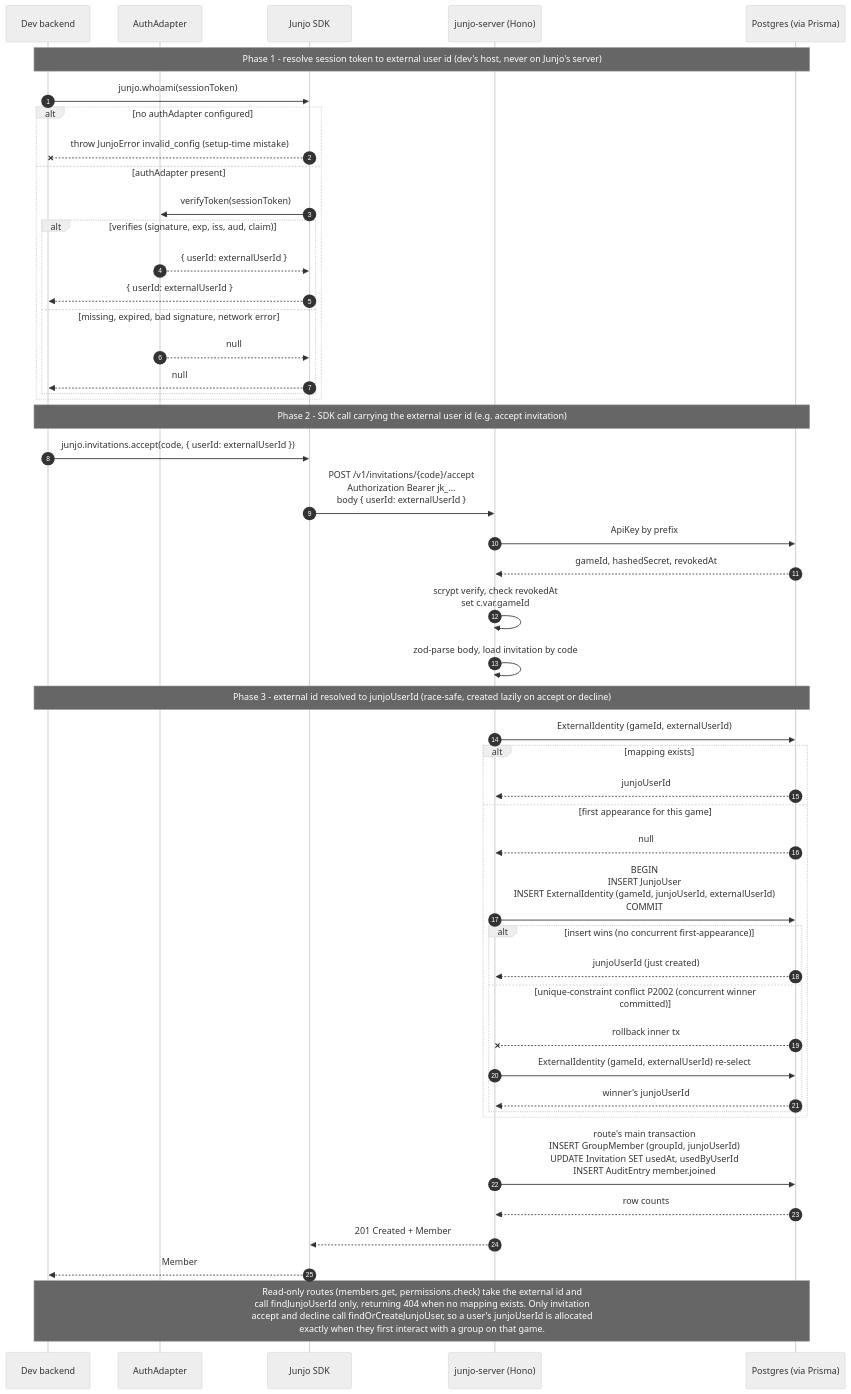
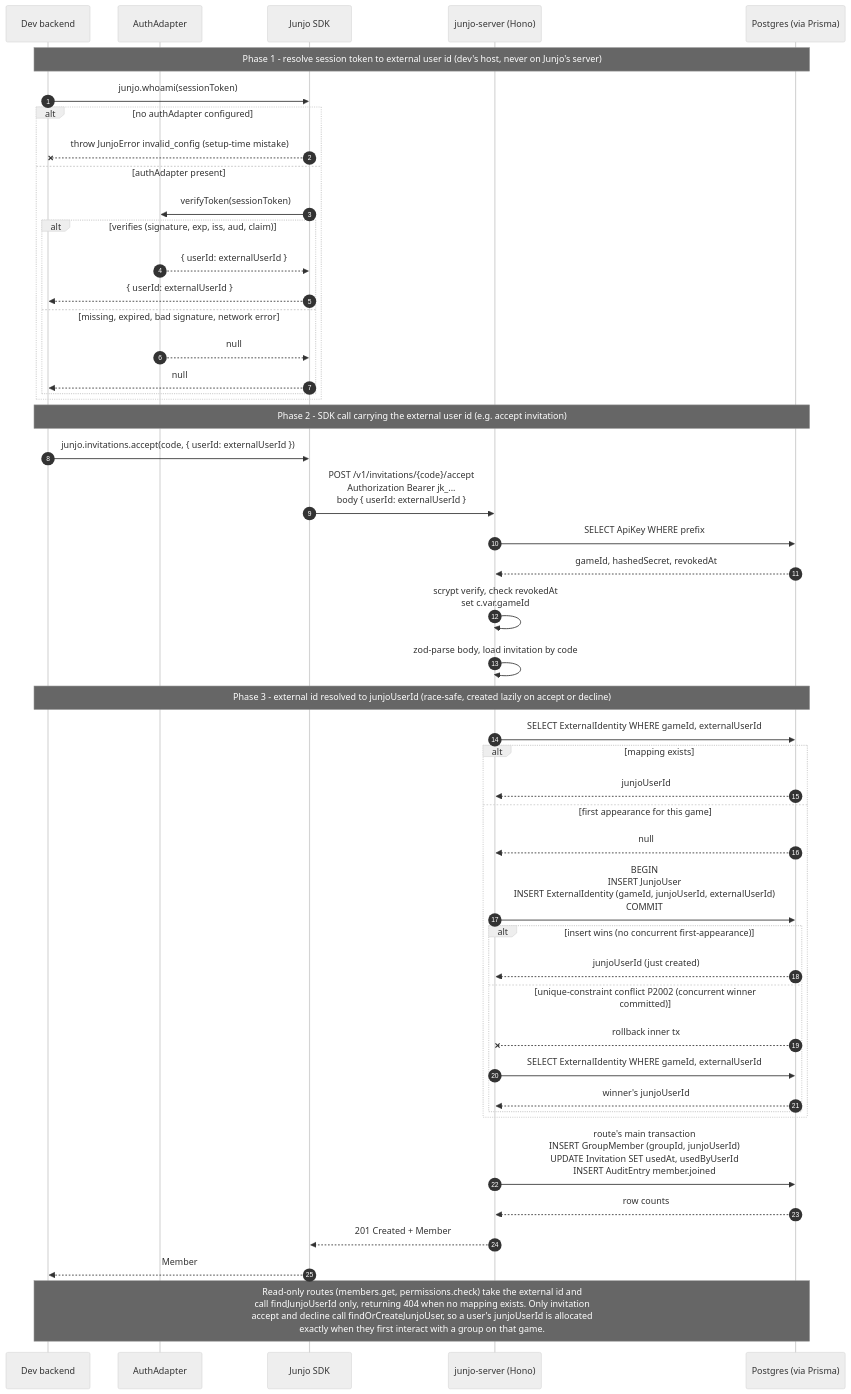
The diagram in tools/diagrams/source/auth-flow.mmd (GabeCurran/junjo), drawn with Mermaid before and after one commit. The commit also changed 2 other files, not shown here.

First paragraph of the commit message:
docs: polish auth-flow diagram (V.4)
Three DB SELECT labels in auth-flow.mmd were bare predicates without
the SELECT verb, while the same diagram's INSERT/UPDATE labels carry
their verb. Same internal inconsistency V.3 fixed in webhook-delivery.

```diff
--- a/tools/diagrams/source/auth-flow.mmd
+++ b/tools/diagrams/source/auth-flow.mmd
@@ -1,54 +1,54 @@
 %%{init: {'theme': 'neutral'}}%%
 sequenceDiagram
   autonumber
   participant App as Dev backend
   participant Adapter as AuthAdapter
   participant SDK as Junjo SDK
   participant Server as junjo-server (Hono)
   participant DB as Postgres (via Prisma)
 
   Note over App,DB: Phase 1 - resolve session token to external user id (dev's host, never on Junjo's server)
   App->>SDK: junjo.whoami(sessionToken)
   alt no authAdapter configured
     SDK--xApp: throw JunjoError invalid_config (setup-time mistake)
   else authAdapter present
     SDK->>Adapter: verifyToken(sessionToken)
     alt verifies (signature, exp, iss, aud, claim)
       Adapter-->>SDK: { userId: externalUserId }
       SDK-->>App: { userId: externalUserId }
     else missing, expired, bad signature, network error
       Adapter-->>SDK: null
       SDK-->>App: null
     end
   end
 
   Note over App,DB: Phase 2 - SDK call carrying the external user id (e.g. accept invitation)
   App->>SDK: junjo.invitations.accept(code, { userId: externalUserId })
   SDK->>Server: POST /v1/invitations/{code}/accept<br/>Authorization Bearer jk_...<br/>body { userId: externalUserId }
-  Server->>DB: ApiKey by prefix
+  Server->>DB: SELECT ApiKey WHERE prefix
   DB-->>Server: gameId, hashedSecret, revokedAt
   Server->>Server: scrypt verify, check revokedAt<br/>set c.var.gameId
   Server->>Server: zod-parse body, load invitation by code
 
   Note over App,DB: Phase 3 - external id resolved to junjoUserId (race-safe, created lazily on accept or decline)
-  Server->>DB: ExternalIdentity (gameId, externalUserId)
+  Server->>DB: SELECT ExternalIdentity WHERE gameId, externalUserId
   alt mapping exists
     DB-->>Server: junjoUserId
   else first appearance for this game
     DB-->>Server: null
     Server->>DB: BEGIN<br/>INSERT JunjoUser<br/>INSERT ExternalIdentity (gameId, junjoUserId, externalUserId)<br/>COMMIT
     alt insert wins (no concurrent first-appearance)
       DB-->>Server: junjoUserId (just created)
     else unique-constraint conflict P2002 (concurrent winner committed)
       DB--xServer: rollback inner tx
-      Server->>DB: ExternalIdentity (gameId, externalUserId) re-select
+      Server->>DB: SELECT ExternalIdentity WHERE gameId, externalUserId
       DB-->>Server: winner's junjoUserId
     end
   end
 
   Server->>DB: route's main transaction<br/>INSERT GroupMember (groupId, junjoUserId)<br/>UPDATE Invitation SET usedAt, usedByUserId<br/>INSERT AuditEntry member.joined
   DB-->>Server: row counts
   Server-->>SDK: 201 Created + Member
   SDK-->>App: Member
 
   Note over App,DB: Read-only routes (members.get, permissions.check) take the external id and<br/>call findJunjoUserId only, returning 404 when no mapping exists. Only invitation<br/>accept and decline call findOrCreateJunjoUser, so a user's junjoUserId is allocated<br/>exactly when they first interact with a group on that game.
```
